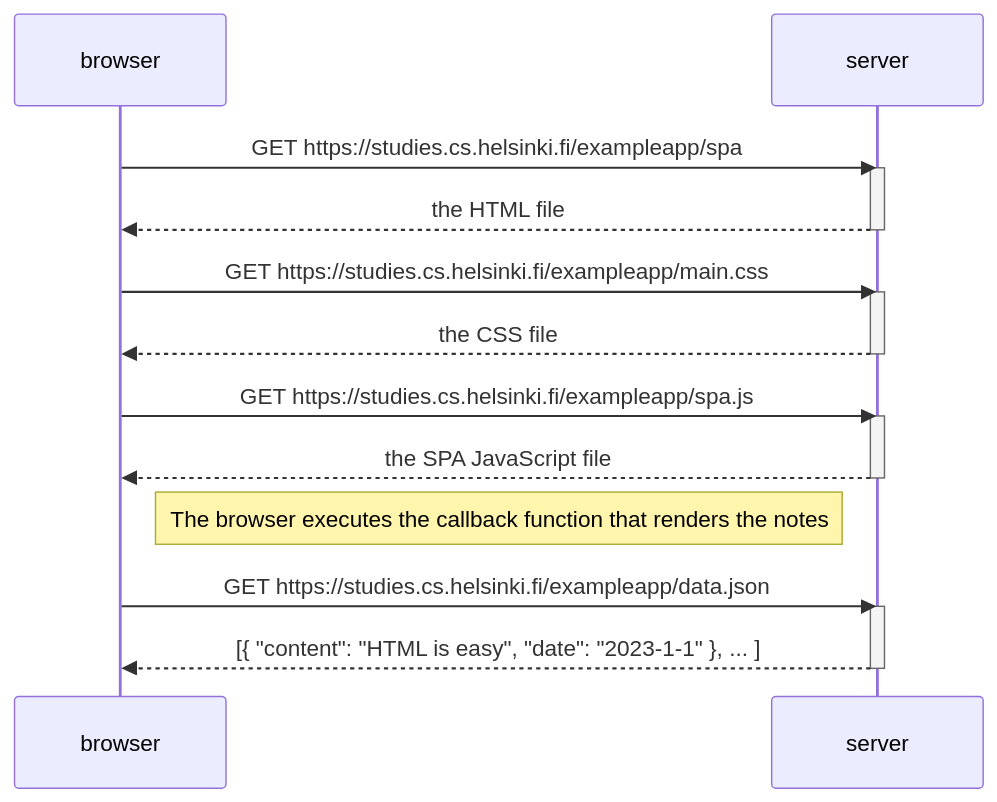
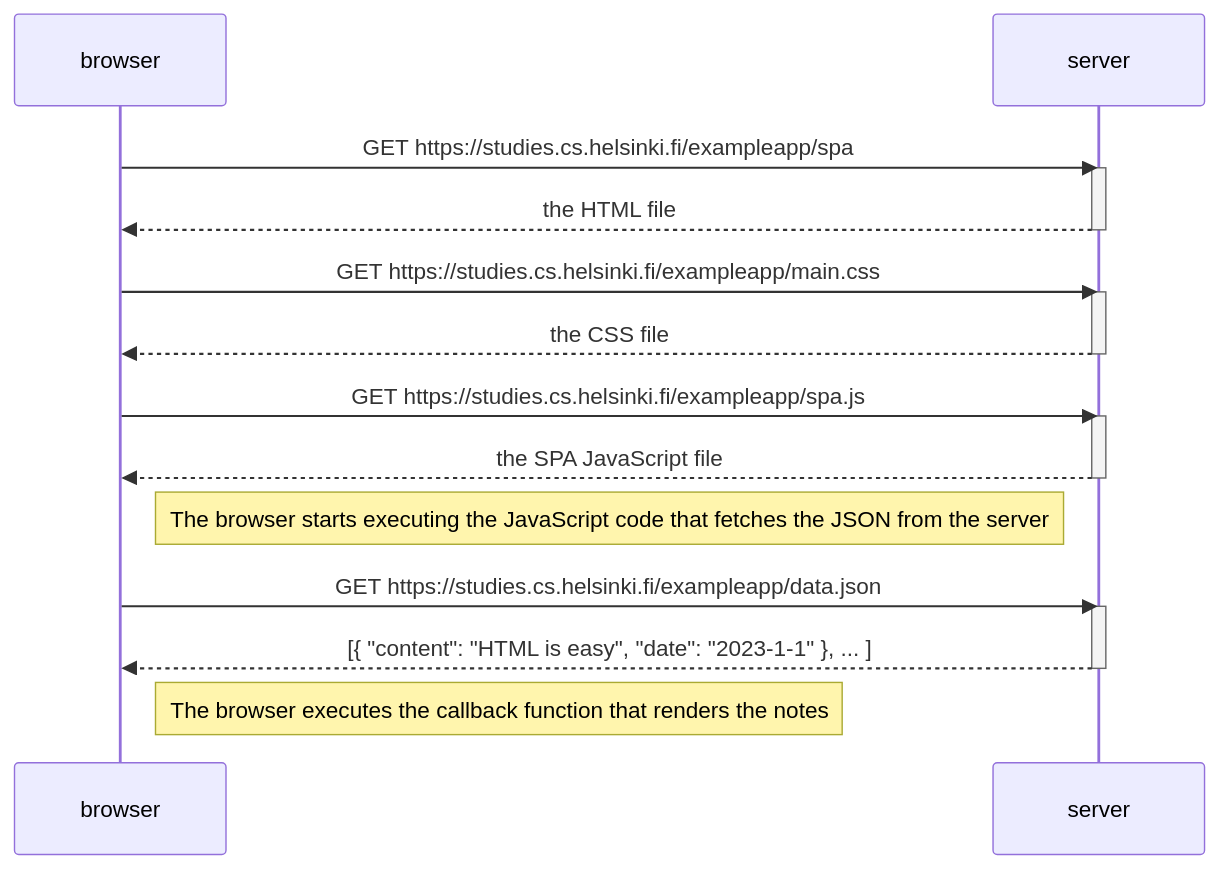
Before and after one commit to d-dven/full-stack-open: the diagram in part 0/ex5.md, drawn with Mermaid. The commit also changed 2 other files, not shown here.

````diff
--- a/part 0/ex5.md
+++ b/part 0/ex5.md
@@ -1,28 +1,30 @@
 ```mermaid
 sequenceDiagram
     participant browser
     participant server
 
     browser->>server: GET https://studies.cs.helsinki.fi/exampleapp/spa
     activate server
     server-->>browser: the HTML file
     deactivate server
 
     browser->>server: GET https://studies.cs.helsinki.fi/exampleapp/main.css
     activate server
     server-->>browser: the CSS file
     deactivate server
     
     browser->>server: GET https://studies.cs.helsinki.fi/exampleapp/spa.js
     activate server
     server-->>browser: the SPA JavaScript file
     deactivate server
     
-    Note right of browser: The browser executes the callback function that renders the notes
+    Note right of browser: The browser starts executing the JavaScript code that fetches the JSON from the server
 
     browser->>server: GET https://studies.cs.helsinki.fi/exampleapp/data.json
     activate server
     server-->>browser: [{ "content": "HTML is easy", "date": "2023-1-1" }, ... ]
     deactivate server
 
+    Note right of browser: The browser executes the callback function that renders the notes
+
 ```
````
